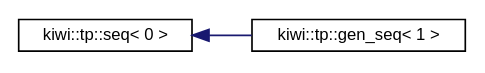
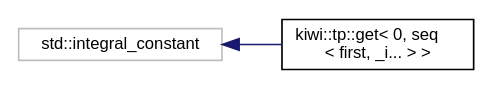
The diagram in inherit_graph_54.dot (bab2min/Kiwi), drawn with Graphviz before and after one commit. The commit also changed 233 other files, not shown here.

```diff
--- a/inherit_graph_54.dot
+++ b/inherit_graph_54.dot
@@ -1,10 +1,10 @@
 digraph "Graphical Class Hierarchy"
 {
  // LATEX_PDF_SIZE
   edge [fontname="Helvetica",fontsize="10",labelfontname="Helvetica",labelfontsize="10"];
   node [fontname="Helvetica",fontsize="10",shape=record];
   rankdir="LR";
-  Node0 [label="kiwi::tp::seq\< 0 \>",height=0.2,width=0.4,color="black", fillcolor="white", style="filled",URL="$structkiwi_1_1tp_1_1seq.html",tooltip=" "];
-  Node0 -> Node1 [dir="back",color="midnightblue",fontsize="10",style="solid",fontname="Helvetica"];
-  Node1 [label="kiwi::tp::gen_seq\< 1 \>",height=0.2,width=0.4,color="black", fillcolor="white", style="filled",URL="$structkiwi_1_1tp_1_1gen__seq_3_011_01_4.html",tooltip=" "];
+  Node56 [label="std::integral_constant",height=0.2,width=0.4,color="grey75", fillcolor="white", style="filled",tooltip=" "];
+  Node56 -> Node0 [dir="back",color="midnightblue",fontsize="10",style="solid",fontname="Helvetica"];
+  Node0 [label="kiwi::tp::get\< 0, seq\l\< first, _i... \> \>",height=0.2,width=0.4,color="black", fillcolor="white", style="filled",URL="$structkiwi_1_1tp_1_1get_3_010_00_01seq_3_01first_00_01__i_8_8_8_01_4_01_4.html",tooltip=" "];
 }
```
